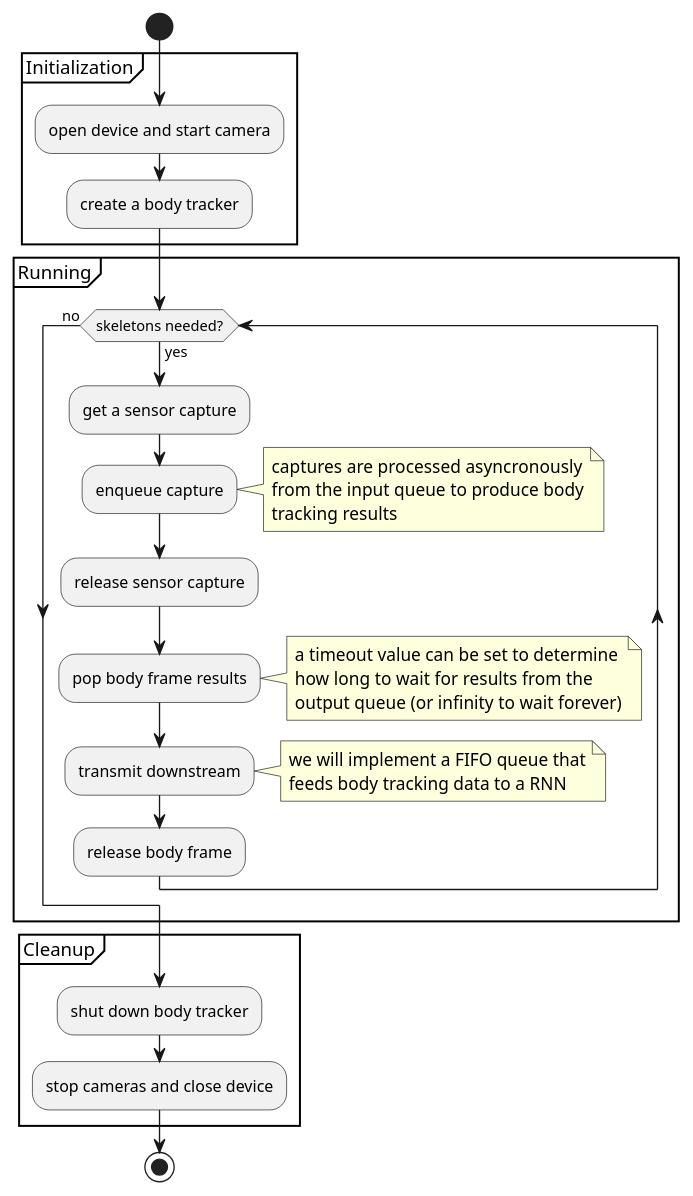
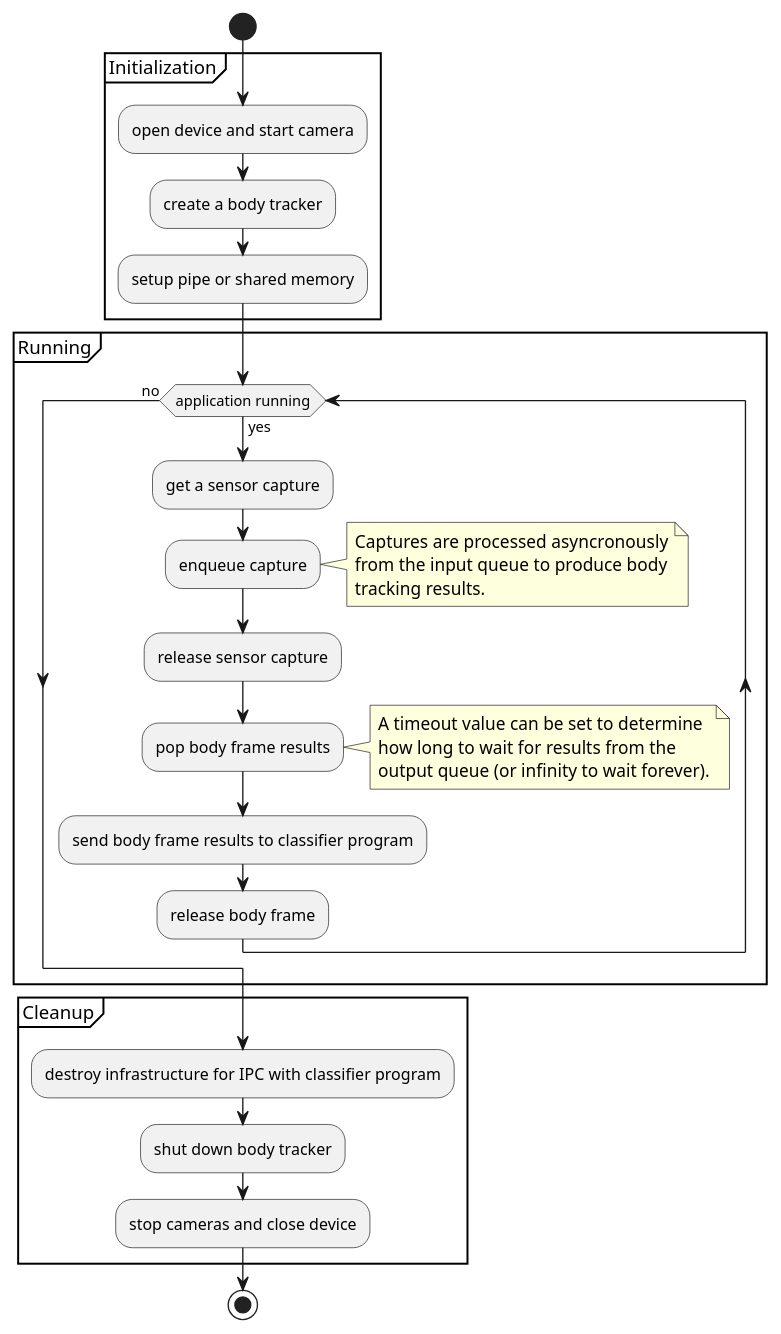
One commit to rssuther/Mapping-Human-Poses-for-AI-Applications changed the diagram in uml/src/kinect_client/capture_activity.plantuml. Above: the diagram before and after it, drawn with PlantUML. The commit also changed 3 other files, not shown here.

Commit message:
Activity diagrams for Kinect and RNN programs

```diff
--- a/uml/src/kinect_client/capture_activity.plantuml
+++ b/uml/src/kinect_client/capture_activity.plantuml
@@ -1,42 +1,40 @@
 @startuml capture_activity
 
 start
 
 partition Initialization {
   :open device and start camera;
   :create a body tracker;
+  :setup pipe or shared memory;
 }
 
 partition Running {
-  while (skeletons needed?) is (yes)
+  while (application running) is (yes)
     :get a sensor capture;
     :enqueue capture;
     note right
-      captures are processed asyncronously
+      Captures are processed asyncronously
       from the input queue to produce body
-      tracking results
+      tracking results.
     end note
     :release sensor capture;
     :pop body frame results;
     note right
-      a timeout value can be set to determine
+      A timeout value can be set to determine
       how long to wait for results from the
-      output queue (or infinity to wait forever)
+      output queue (or infinity to wait forever).
     end note
-    :transmit downstream;
-    note right
-      we will implement a FIFO queue that
-      feeds body tracking data to a RNN
-    end note
+    :send body frame results to classifier program;
     :release body frame;
   endwhile (no)
 }
 
 partition Cleanup {
+  :destroy infrastructure for IPC with classifier program;
   :shut down body tracker;
   :stop cameras and close device;
 }
 
 stop
 
 @enduml
```
